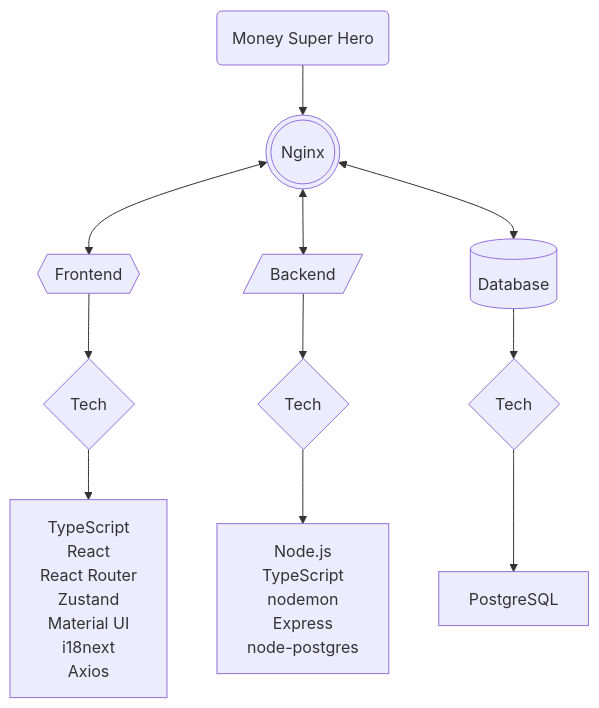
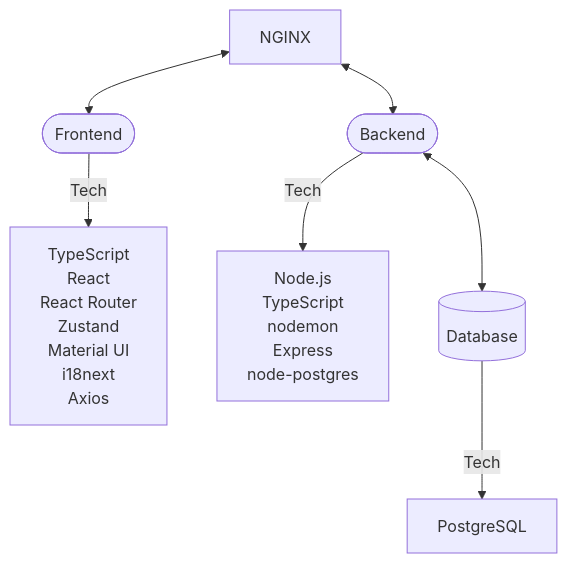
The diagram in README.md (riccardo-giovarelli/money-super-hero), drawn with Mermaid before and after one commit.

Commit message:
chore: Diagram updated in READM.md

````diff
--- a/README.md
+++ b/README.md
@@ -14,21 +14,17 @@
 ```mermaid
 flowchart TD
-    APP(Money Super Hero) --> NGINX(((Nginx)))
-    NGINX <--> FEid1{{Frontend}} --> FE-T{Tech} 
-    FE-T --> FE-T-LIST["`TypeScript
+    NGINX <--> FEid1([Frontend]) -- Tech --> FE-T-LIST["`TypeScript
     React
     React Router
     Zustand
     Material UI
     i18next
     Axios`"]
-    NGINX <--> BE[/Backend/] --> BE-T{Tech} 
-    BE-T --> BE-T-LIST["`Node.js
+    NGINX <--> BE([Backend]) -- Tech --> BE-T-LIST["`Node.js
     TypeScript
     nodemon
     Express
     node-postgres
     `"]
-    NGINX <--> DBid1[(Database)] --> DB-T{Tech} 
-    DB-T --> DB-T-LIST["`PostgreSQL`"]
+    BE <--> DBid1[(Database)] -- Tech --> DB-T-LIST["`PostgreSQL`"]
 ```
````
